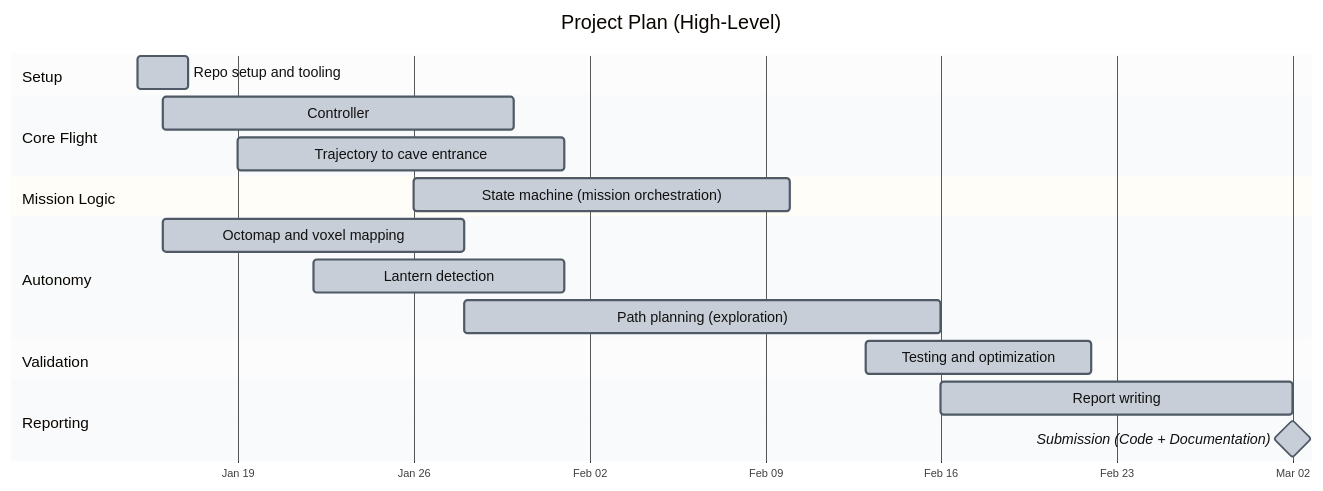
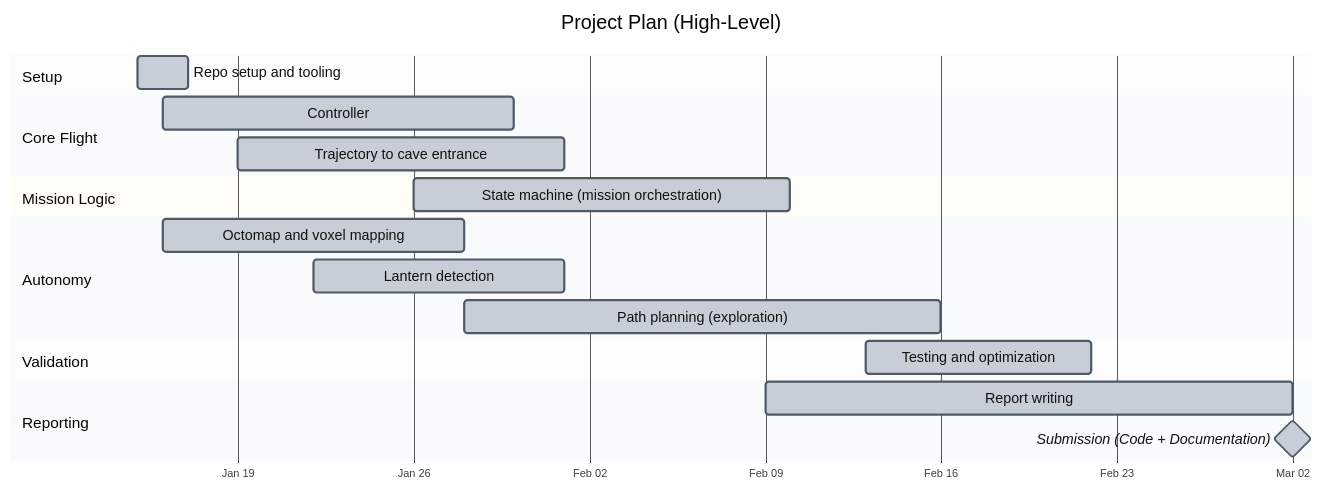
The diagram in docs/project_plan.mmd (lkitzbichler/Autonomous-Systems-Sub-Terrain-Challenge-GR04), drawn with Mermaid before and after one commit. The commit also changed 3 other files, not shown here.

```diff
--- a/docs/project_plan.mmd
+++ b/docs/project_plan.mmd
@@ -1,58 +1,58 @@
 %%{init: {
   "theme": "base",
   "themeVariables": {
     "background": "#ffffff",
     "fontFamily": "Helvetica, Arial, sans-serif",
     "textColor": "#111111",
     "gridColor": "#8f98a6",
     "sectionBkgColor": "#eef1f5",
     "altSectionBkgColor": "#e2e7ee",
     "taskBkgColor": "#c8ced7",
     "taskBorderColor": "#4f5a66",
     "taskTextColor": "#111111",
     "todayLineColor": "#ffffff"
   },
   "gantt": {
     "useMaxWidth": false,
     "useWidth": 1200,
     "barHeight": 30,
     "barGap": 7,
     "topPadding": 50,
     "leftPadding": 115,
     "rightPadding": 35,
     "gridLineStartPadding": 50,
     "fontSize": 13,
     "sectionFontSize": 14,
     "numberSectionStyles": 4
   },
   "themeCSS": ".sectionTitle{fill:#111111!important;font-weight:700;} .taskText,.taskTextOutsideRight,.taskTextOutsideLeft,.taskText0,.taskText1,.taskText2,.taskText3,.taskText4,.taskText5,.milestoneText{fill:#111111!important;font-weight:600!important;} .section,.section0,.section2,.section4,.section6,.section8,.section10{fill:#eef1f5!important;opacity:.82!important;stroke:none!important;} .section1,.section3,.section5,.section7,.section9,.section11{fill:#e2e7ee!important;opacity:.82!important;stroke:none!important;} rect.section,rect.section0,rect.section1,rect.section2,rect.section3,rect.section4,rect.section5,rect.section6,rect.section7,rect.section8,rect.section9{opacity:.82!important;} g.grid g.tick line,.grid .tick line,.tick line{stroke:#8f98a6!important;stroke-width:1.1px!important;opacity:1!important;} rect.grid{stroke:none!important;} path.domain{stroke:#8f98a6!important;stroke-width:1px!important;} .task{stroke:#4f5a66!important;stroke-width:2px!important;} .milestone{fill:#6d7784!important;stroke:#4f5864!important;}"
 }}%%
 gantt
   title Project Plan (High-Level)
   dateFormat  YYYY-MM-DD
   axisFormat  %b %d
   tickInterval 1week
   weekday monday
   todayMarker off
 
   section Setup
   Repo setup and tooling        :a1, 2026-01-15, 2026-01-17
 
   section Core Flight
   Controller                    :a2, 2026-01-16, 2026-01-30
   Trajectory to cave entrance   :a3, 2026-01-19, 2026-02-01
 
   section Mission Logic
   State machine (mission orchestration) :a4, 2026-01-26, 2026-02-10
 
   section Autonomy
   Octomap and voxel mapping     :a5, 2026-01-16, 2026-01-28
   Lantern detection             :a6, 2026-01-22, 2026-02-01
   Path planning (exploration)   :a7, 2026-01-28, 2026-02-16
 
   section Validation
   Testing and optimization      :a8, 2026-02-13, 2026-02-22
 
   section Reporting
-  Report writing                :a9, 2026-02-16, 2026-03-02
+  Report writing                :a9, 2026-02-09, 2026-03-02
   Submission (Code + Documentation) :milestone, m1, 2026-03-02, 0d
```
